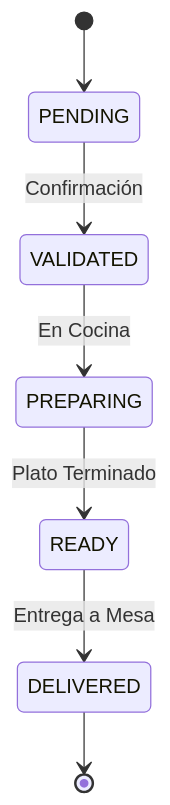
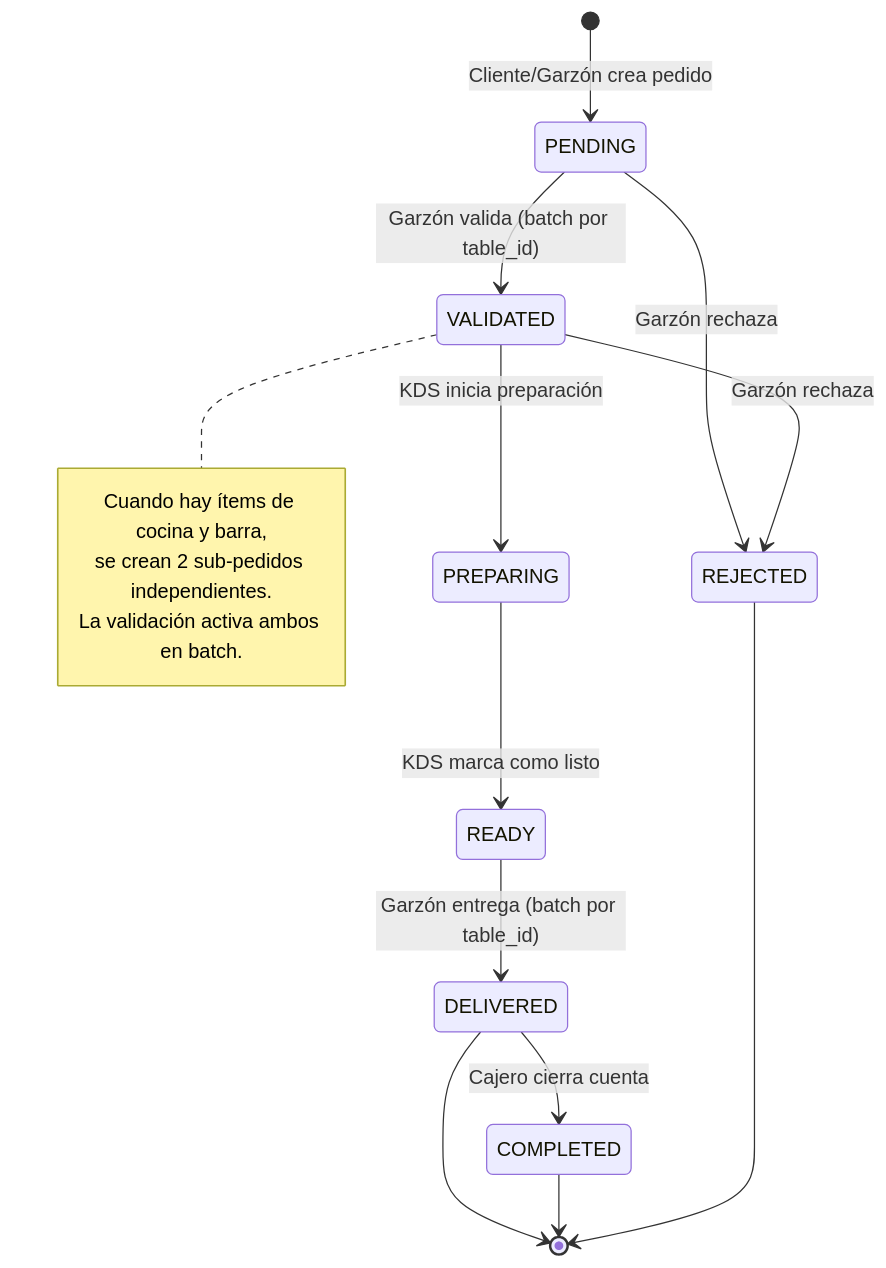
Before and after one commit to Hctr2002/Software-Restaurantes: the third of 6 diagrams in Documentacion/01_Documentacion/4.3_Arquitectura.md, drawn with Mermaid. The commit also changed other lines of this file and 9 other files, not shown here.

First line of the commit message:
docs: actualización completa de documentación — arquitectura de sub-pedidos v2.5.0

````diff
--- a/Documentacion/01_Documentacion/4.3_Arquitectura.md
+++ b/Documentacion/01_Documentacion/4.3_Arquitectura.md
@@ -54,9 +57,20 @@
 ```mermaid
 stateDiagram-v2
-    [*] --> PENDING
-    PENDING --> VALIDATED : Confirmación
-    VALIDATED --> PREPARING : En Cocina
-    PREPARING --> READY : Plato Terminado
-    READY --> DELIVERED : Entrega a Mesa
+    [*] --> PENDING : Cliente/Garzón crea pedido
+    PENDING --> VALIDATED : Garzón valida (batch por table_id)
+    PENDING --> REJECTED : Garzón rechaza
+    VALIDATED --> PREPARING : KDS inicia preparación
+    VALIDATED --> REJECTED : Garzón rechaza
+    PREPARING --> READY : KDS marca como listo
+    READY --> DELIVERED : Garzón entrega (batch por table_id)
+    DELIVERED --> COMPLETED : Cajero cierra cuenta
     DELIVERED --> [*]
+    COMPLETED --> [*]
+    REJECTED --> [*]
+
+    note right of VALIDATED
+      Cuando hay ítems de cocina y barra,
+      se crean 2 sub-pedidos independientes.
+      La validación activa ambos en batch.
+    end note
 ```
````
